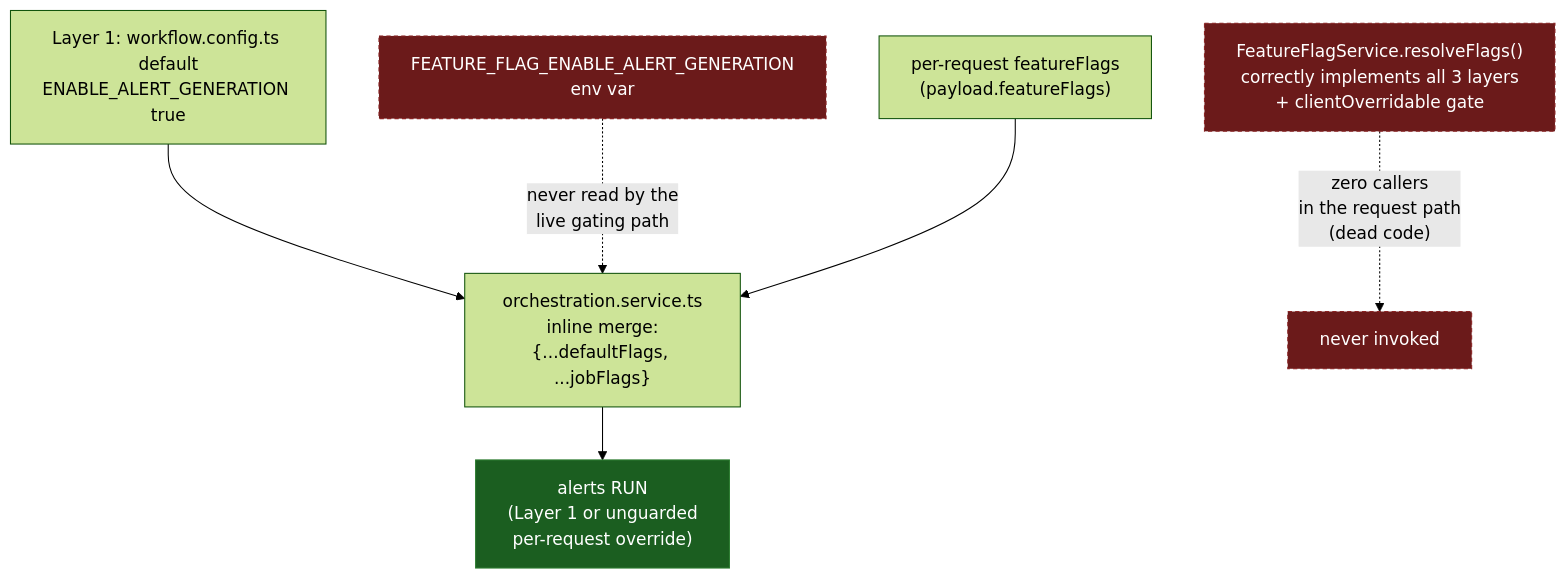
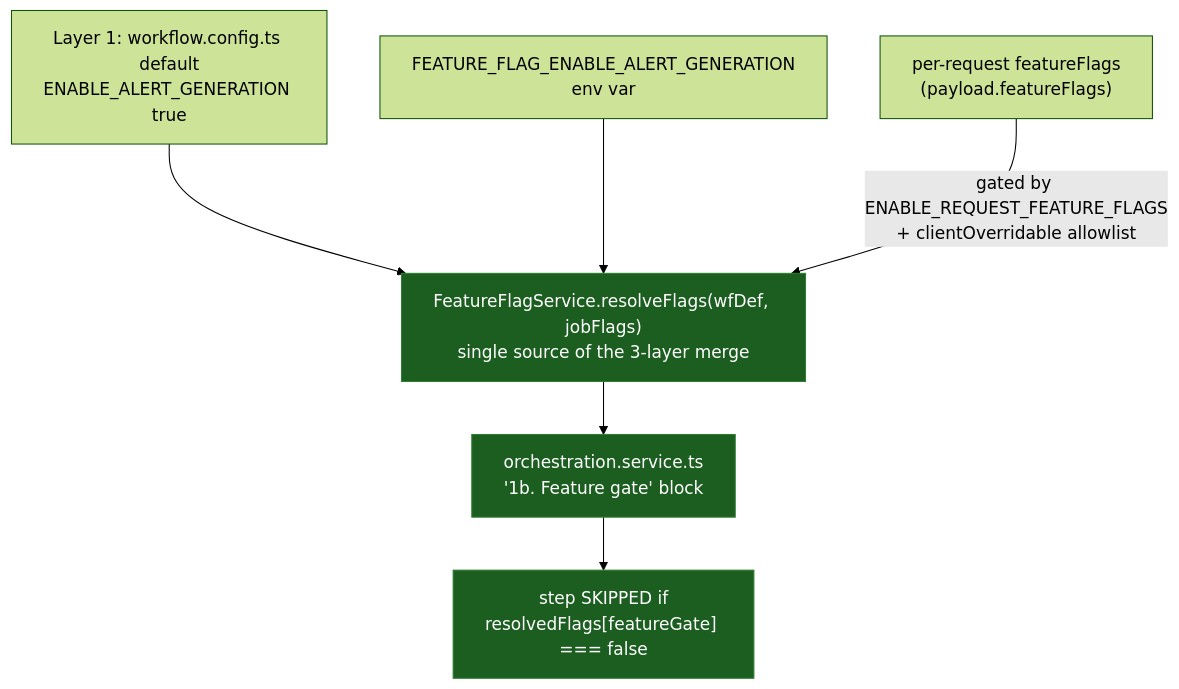
One commit to inctasoft/setpoint-evals-dtm-examples changed the diagram in workflows/iot-sensor-pipeline/setpoint-evals/SE-07-feature-flag-layering/README.md. Above: the diagram before and after it, drawn with Mermaid (forest theme). The commit also changed other lines of this file and 2 other files, not shown here.

````diff
--- a/workflows/iot-sensor-pipeline/setpoint-evals/SE-07-feature-flag-layering/README.md
+++ b/workflows/iot-sensor-pipeline/setpoint-evals/SE-07-feature-flag-layering/README.md
@@ -47,14 +43,11 @@
 ```mermaid
 flowchart TD
-    L1["Layer 1: workflow.config.ts default<br/>ENABLE_ALERT_GENERATION true"] --> Merge["orchestration.service.ts<br/>inline merge:<br/>{...defaultFlags, ...jobFlags}"]
-    EnvVar["FEATURE_FLAG_ENABLE_ALERT_GENERATION<br/>env var"] -.->|"never read by the<br/>live gating path"| Merge
-    JobFlags["per-request featureFlags<br/>(payload.featureFlags)"] --> Merge
-    Merge --> ResultRun1["alerts RUN<br/>(Layer 1 or unguarded<br/>per-request override)"]
-
-    Dead["FeatureFlagService.resolveFlags()<br/>correctly implements all 3 layers<br/>+ clientOverridable gate"] -.->|"zero callers<br/>in the request path<br/>(dead code)"| Nowhere["never invoked"]
+    L1["Layer 1: workflow.config.ts default<br/>ENABLE_ALERT_GENERATION true"] --> Resolve["FeatureFlagService.resolveFlags(wfDef, jobFlags)<br/>single source of the 3-layer merge"]
+    EnvVar["FEATURE_FLAG_ENABLE_ALERT_GENERATION<br/>env var"] --> Resolve
+    JobFlags["per-request featureFlags<br/>(payload.featureFlags)"] -->|"gated by ENABLE_REQUEST_FEATURE_FLAGS<br/>+ clientOverridable allowlist"| Resolve
+    Resolve --> Gate["orchestration.service.ts<br/>'1b. Feature gate' block"]
+    Gate --> Result["step SKIPPED if<br/>resolvedFlags[featureGate] === false"]
 
     classDef ok fill:#1b5e20,stroke:#2e7d32,color:#fff
-    classDef gap fill:#6b1a1a,stroke:#8a2424,color:#fff,stroke-dasharray: 4 3
-    class ResultRun1 ok
-    class EnvVar,Dead,Nowhere gap
+    class Resolve,Gate,Result ok
 ```
````
